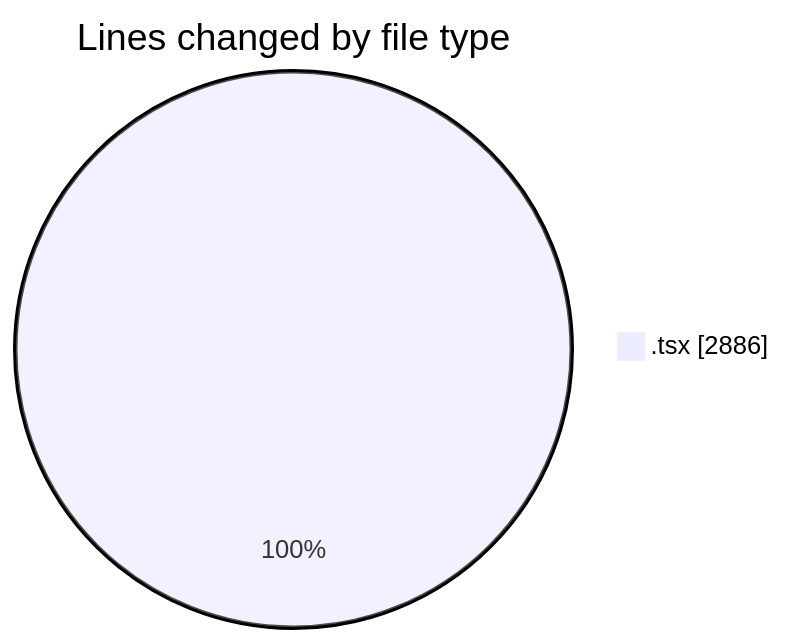
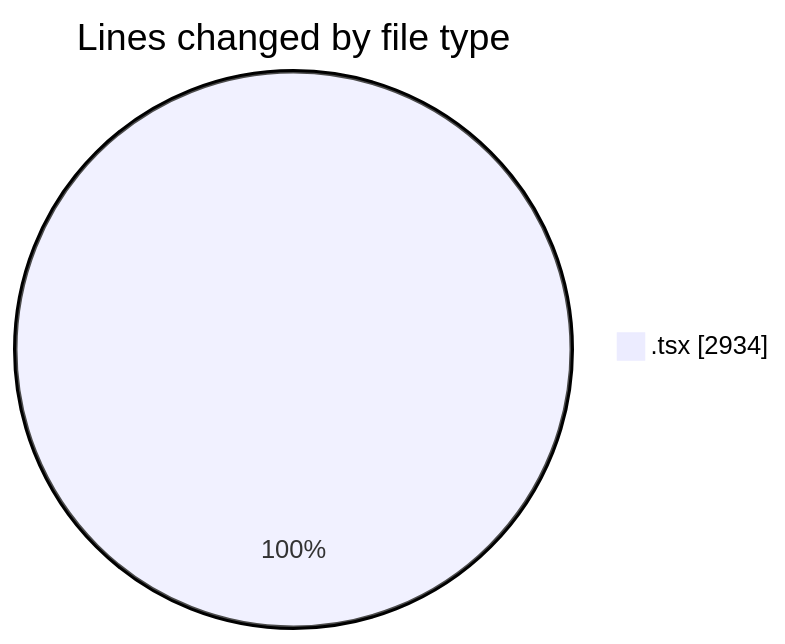
The first of 2 diagrams in 2026-06-25/nxtqube_webapp/README.md (nxtqubesakshisongat/code-tracking), drawn with Mermaid before and after one commit. The commit also changed other lines of this file and 1 other file, not shown here.

````diff
--- a/2026-06-25/nxtqube_webapp/README.md
+++ b/2026-06-25/nxtqube_webapp/README.md
@@ -21,5 +21,5 @@
 ```mermaid
 pie showData
 title Lines changed by file type
-".tsx" : 2886
+".tsx" : 2934
 ```
````
